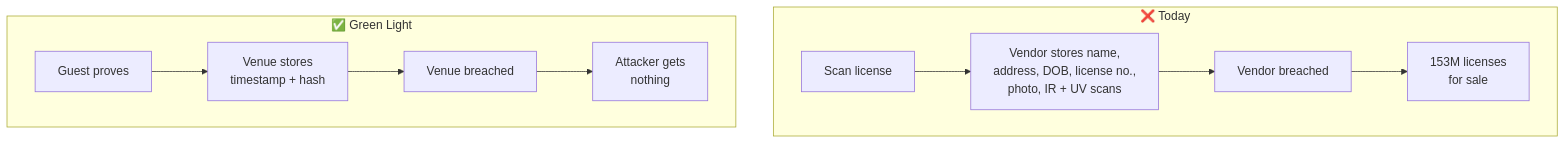
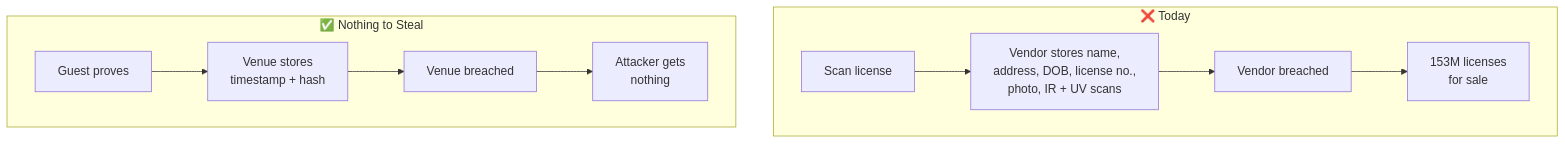
Before and after one commit to Redoudou/upgraded-broccoli-zkid: the second of 3 diagrams in README.md, drawn with Mermaid. The commit also changed other lines of this file and 2 other files, not shown here.

First line of the commit message:
Nothing to Steal: publish the walkthrough on GitHub Pages, rename in README

````diff
--- a/README.md
+++ b/README.md
@@ -61,9 +63,9 @@
 ```mermaid
 flowchart TB
     subgraph TODAY["❌ Today"]
         T1["Scan license"] --> T2["Vendor stores name,<br/>address, DOB, license no.,<br/>photo, IR + UV scans"] --> T3["Vendor breached"] --> T4["153M licenses<br/>for sale"]
     end
-    subgraph GREEN["✅ Green Light"]
+    subgraph GREEN["✅ Nothing to Steal"]
         G1["Guest proves"] --> G2["Venue stores<br/>timestamp + hash"] --> G3["Venue breached"] --> G4["Attacker gets<br/>nothing"]
     end
 ```
````
